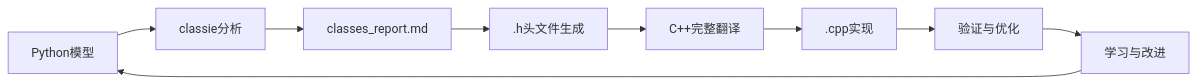
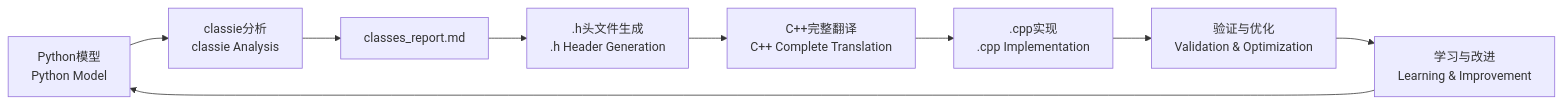
Before and after one commit to marsguo2049/Py2Cpp4OR: the diagram in README.md, drawn with Mermaid. The commit also changed other lines of this file, not shown here.

````diff
--- a/README.md
+++ b/README.md
@@ -103,11 +118,11 @@
 ```mermaid
 graph LR
-    A[Python模型] --> B[classie分析]
+    A[Python模型<br/>Python Model] --> B[classie分析<br/>classie Analysis]
     B --> C[classes_report.md]
-    C --> D[.h头文件生成]
-    D --> E[C++完整翻译]
-    E --> F[.cpp实现]
-    F --> G[验证与优化]
-    G --> H[学习与改进]
+    C --> D[.h头文件生成<br/>.h Header Generation]
+    D --> E[C++完整翻译<br/>C++ Complete Translation]
+    E --> F[.cpp实现<br/>.cpp Implementation]
+    F --> G[验证与优化<br/>Validation & Optimization]
+    G --> H[学习与改进<br/>Learning & Improvement]
     H --> A
 ```
````
